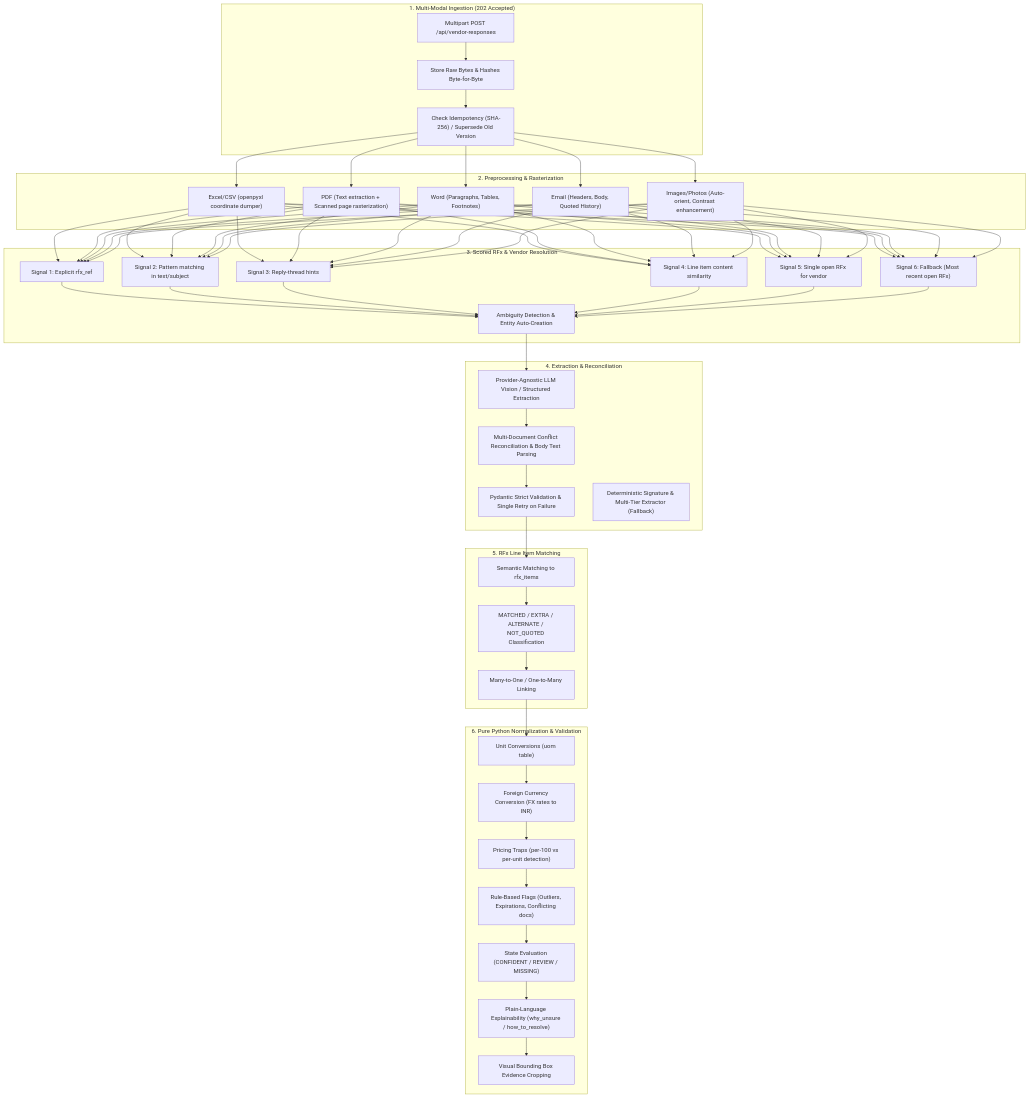
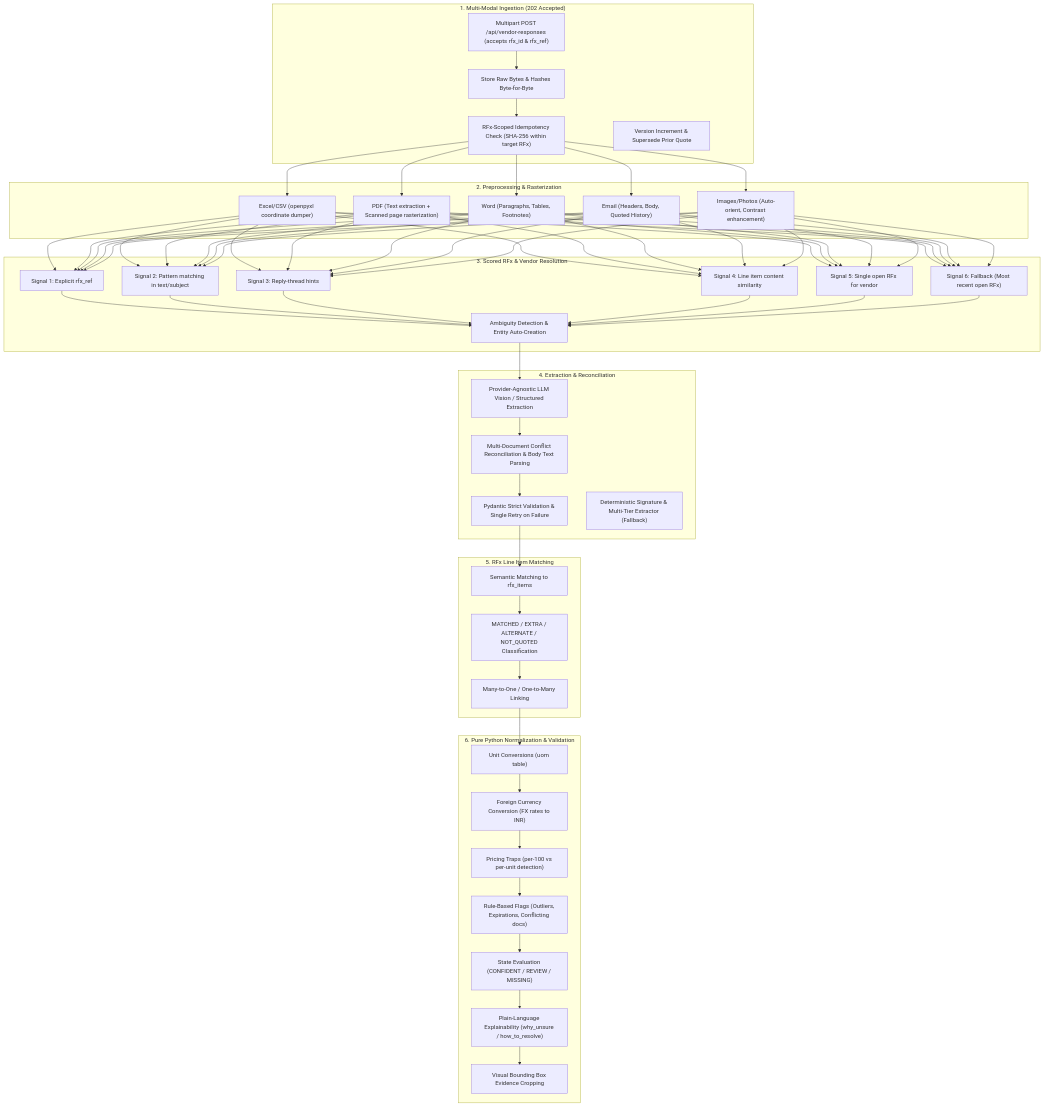
The second of 4 diagrams in architecture.md (akshaykumarar/ktq2), drawn with Mermaid before and after one commit. The commit also changed 10 other files, not shown here.

Commit message:
scope vendor response duplicate check by rfx_id and add rfx_id form field support

````diff
--- a/architecture.md
+++ b/architecture.md
@@ -158,54 +158,55 @@
 ```mermaid
 flowchart TD
     subgraph Ingestion["1. Multi-Modal Ingestion (202 Accepted)"]
-        V1["Multipart POST /api/vendor-responses"]
+        V1["Multipart POST /api/vendor-responses (accepts rfx_id & rfx_ref)"]
         V2["Store Raw Bytes & Hashes Byte-for-Byte"]
-        V3["Check Idempotency (SHA-256) / Supersede Old Version"]
+        V3["RFx-Scoped Idempotency Check (SHA-256 within target RFx)"]
+        V4["Version Increment & Supersede Prior Quote"]
     end
 
     subgraph Preprocessing["2. Preprocessing & Rasterization"]
         P1["Excel/CSV (openpyxl coordinate dumper)"]
         P2["PDF (Text extraction + Scanned page rasterization)"]
         P3["Word (Paragraphs, Tables, Footnotes)"]
         P4["Email (Headers, Body, Quoted History)"]
         P5["Images/Photos (Auto-orient, Contrast enhancement)"]
     end
 
     subgraph Resolution["3. Scored RFx & Vendor Resolution"]
         R1["Signal 1: Explicit rfx_ref"]
         R2["Signal 2: Pattern matching in text/subject"]
         R3["Signal 3: Reply-thread hints"]
         R4["Signal 4: Line item content similarity"]
         R5["Signal 5: Single open RFx for vendor"]
         R6["Signal 6: Fallback (Most recent open RFx)"]
         R7["Ambiguity Detection & Entity Auto-Creation"]
     end
 
     subgraph ExtractionReconciliation["4. Extraction & Reconciliation"]
         E1["Provider-Agnostic LLM Vision / Structured Extraction"]
         E2["Multi-Document Conflict Reconciliation & Body Text Parsing"]
         E3["Pydantic Strict Validation & Single Retry on Failure"]
         E4["Deterministic Signature & Multi-Tier Extractor (Fallback)"]
     end
 
     subgraph Matching["5. RFx Line Item Matching"]
         M1["Semantic Matching to rfx_items"]
         M2["MATCHED / EXTRA / ALTERNATE / NOT_QUOTED Classification"]
         M3["Many-to-One / One-to-Many Linking"]
     end
 
     subgraph NormalizationValidation["6. Pure Python Normalization & Validation"]
         N1["Unit Conversions (uom table)"]
         N2["Foreign Currency Conversion (FX rates to INR)"]
         N3["Pricing Traps (per-100 vs per-unit detection)"]
         N4["Rule-Based Flags (Outliers, Expirations, Conflicting docs)"]
         N5["State Evaluation (CONFIDENT / REVIEW / MISSING)"]
         N6["Plain-Language Explainability (why_unsure / how_to_resolve)"]
         N7["Visual Bounding Box Evidence Cropping"]
     end
 
     V1 --> V2 --> V3 --> P1 & P2 & P3 & P4 & P5
     P1 & P2 & P3 & P4 & P5 --> R1 & R2 & R3 & R4 & R5 & R6 --> R7
     R7 --> E1 --> E2 --> E3 --> M1 --> M2 --> M3
     M3 --> N1 --> N2 --> N3 --> N4 --> N5 --> N6 --> N7
 ```
````
